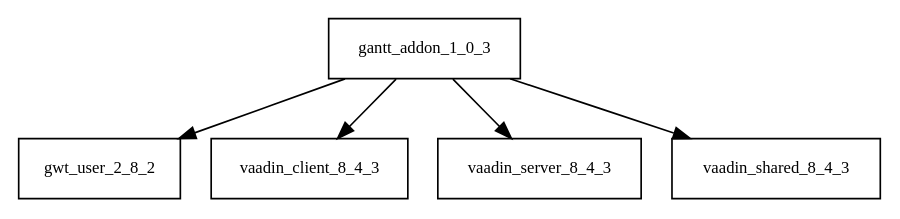
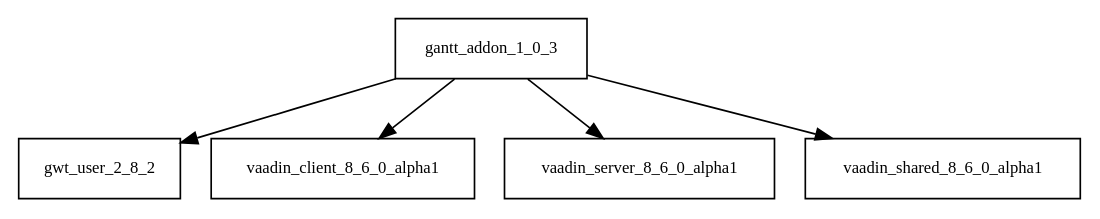
One commit to sjvs/cia changed the diagram in tattleTaleReport/graphviz/gantt-addon-1.0.3.jar/gantt-addon-1.0.3.jar.dot. Above: the diagram before and after it, drawn with Graphviz. The commit also changed 2737 other files, not shown here.

```diff
--- a/tattleTaleReport/graphviz/gantt-addon-1.0.3.jar/gantt-addon-1.0.3.jar.dot
+++ b/tattleTaleReport/graphviz/gantt-addon-1.0.3.jar/gantt-addon-1.0.3.jar.dot
@@ -1,7 +1,7 @@
 digraph gantt_addon_1_0_3_dependencies {
   node [shape = box, fontsize=10.0];
   gantt_addon_1_0_3 -> gwt_user_2_8_2;
-  gantt_addon_1_0_3 -> vaadin_client_8_4_3;
-  gantt_addon_1_0_3 -> vaadin_server_8_4_3;
-  gantt_addon_1_0_3 -> vaadin_shared_8_4_3;
+  gantt_addon_1_0_3 -> vaadin_client_8_6_0_alpha1;
+  gantt_addon_1_0_3 -> vaadin_server_8_6_0_alpha1;
+  gantt_addon_1_0_3 -> vaadin_shared_8_6_0_alpha1;
 }
```
